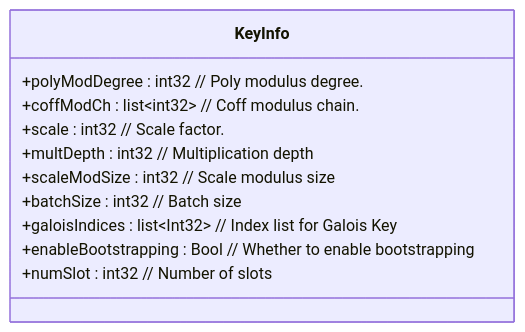
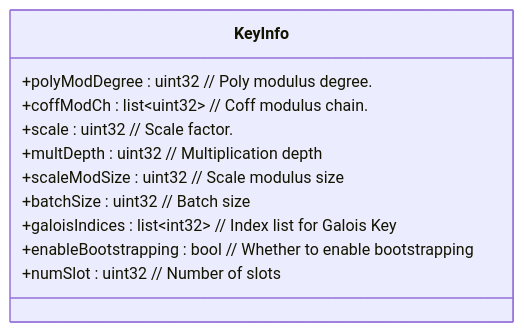
The first of 7 diagrams in docs/design/binding.md (primus-labs/Aegis), drawn with Mermaid before and after one commit. The commit also changed other lines of this file, not shown here.

````diff
--- a/docs/design/binding.md
+++ b/docs/design/binding.md
@@ -42,14 +43,14 @@
 ```mermaid {align="center"}
 classDiagram
   class KeyInfo {
-    +polyModDegree : int32       // Poly modulus degree.
-    +coffModCh : list~int32~     // Coff modulus chain.
-    +scale : int32               // Scale factor.
-    +multDepth : int32           // Multiplication depth
-    +scaleModSize : int32        // Scale modulus size
-    +batchSize : int32           // Batch size
-    +galoisIndices : list~Int32~  // Index list for Galois Key
-    +enableBootstrapping : Bool   // Whether to enable bootstrapping
-    +numSlot : int32             // Number of slots
+    +polyModDegree : uint32       // Poly modulus degree.
+    +coffModCh : list~uint32~     // Coff modulus chain.
+    +scale : uint32               // Scale factor.
+    +multDepth : uint32           // Multiplication depth
+    +scaleModSize : uint32        // Scale modulus size
+    +batchSize : uint32           // Batch size
+    +galoisIndices : list~int32~  // Index list for Galois Key
+    +enableBootstrapping : bool   // Whether to enable bootstrapping
+    +numSlot : uint32             // Number of slots
   }
 ```
````
